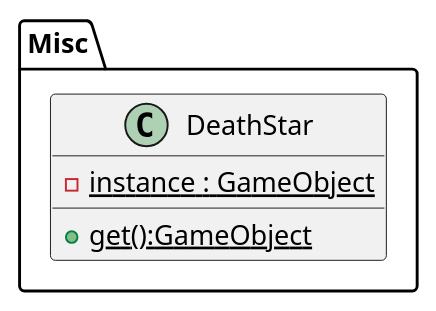
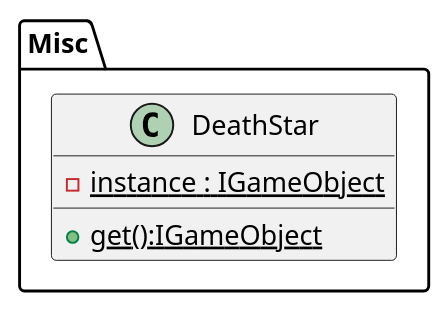
The diagram in ProyectoTDP/src/Misc/Misc.puml (Nicolas-Guasch/Proyecto-TDP), drawn with PlantUML before and after one commit. The commit also changed 12 other files, not shown here.

```diff
--- a/ProyectoTDP/src/Misc/Misc.puml
+++ b/ProyectoTDP/src/Misc/Misc.puml
@@ -1,10 +1,10 @@
 @startuml
 
 package Misc{
     class DeathStar{
-        +{static} get():GameObject
-        -{static} instance : GameObject
+        +{static} get():IGameObject
+        -{static} instance : IGameObject
     }
 }
 
 @enduml
```
